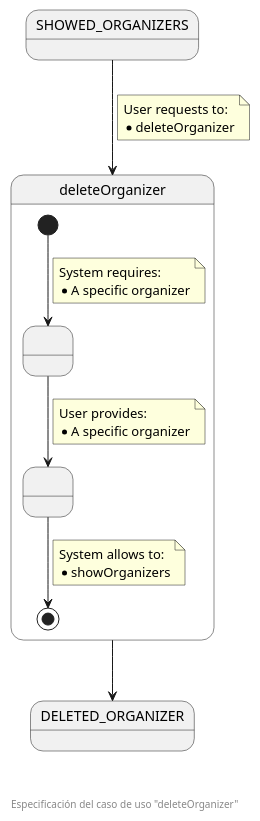
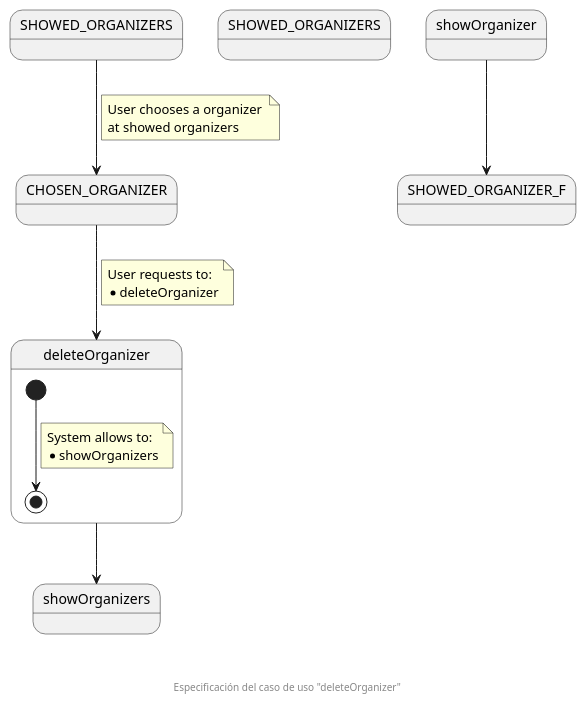
The diagram in documentation/diagrams/useCasesSpecification/organizationSecretary/08_deleteOrganizer.puml (zuldare/mastercloud_pfm_halterocms), drawn with PlantUML before and after one commit.

Commit message:
Fix deleteOrganizer use case specification

```diff
--- a/documentation/diagrams/useCasesSpecification/organizationSecretary/08_deleteOrganizer.puml
+++ b/documentation/diagrams/useCasesSpecification/organizationSecretary/08_deleteOrganizer.puml
@@ -1,33 +1,32 @@
 @startuml
 state SHOWED_ORGANIZERS
+state CHOSEN_ORGANIZER
+
 state deleteOrganizer {
-  state " " as pendingOrganizer
-  state " " as providedOrganizer
-  [*] --> pendingOrganizer
-  note on link
-    System requires:
-    * A specific organizer
-  end note
-  pendingOrganizer --> providedOrganizer
-  note on link
-    User provides:
-    * A specific organizer
-  end note
-  providedOrganizer --> [*]
+  [*] --> [*]
   note on link
     System allows to:
     * showOrganizers
   end note
 }
-state DELETED_ORGANIZER
 
-SHOWED_ORGANIZERS --> deleteOrganizer
+state showOrganizers
+state "SHOWED_ORGANIZERS" as SHOWED_ORGANIZERS_F
+
+SHOWED_ORGANIZERS --> CHOSEN_ORGANIZER
+note on link
+  User chooses a organizer 
+  at showed organizers
+end note
+
+CHOSEN_ORGANIZER --> deleteOrganizer
 note on link
   User requests to:
   * deleteOrganizer
 end note
 
-deleteOrganizer --> DELETED_ORGANIZER
+deleteOrganizer --> showOrganizers
+showOrganizer --> SHOWED_ORGANIZER_F
 
 footer \n\n\n Especificación del caso de uso "deleteOrganizer"
 @enduml
```
